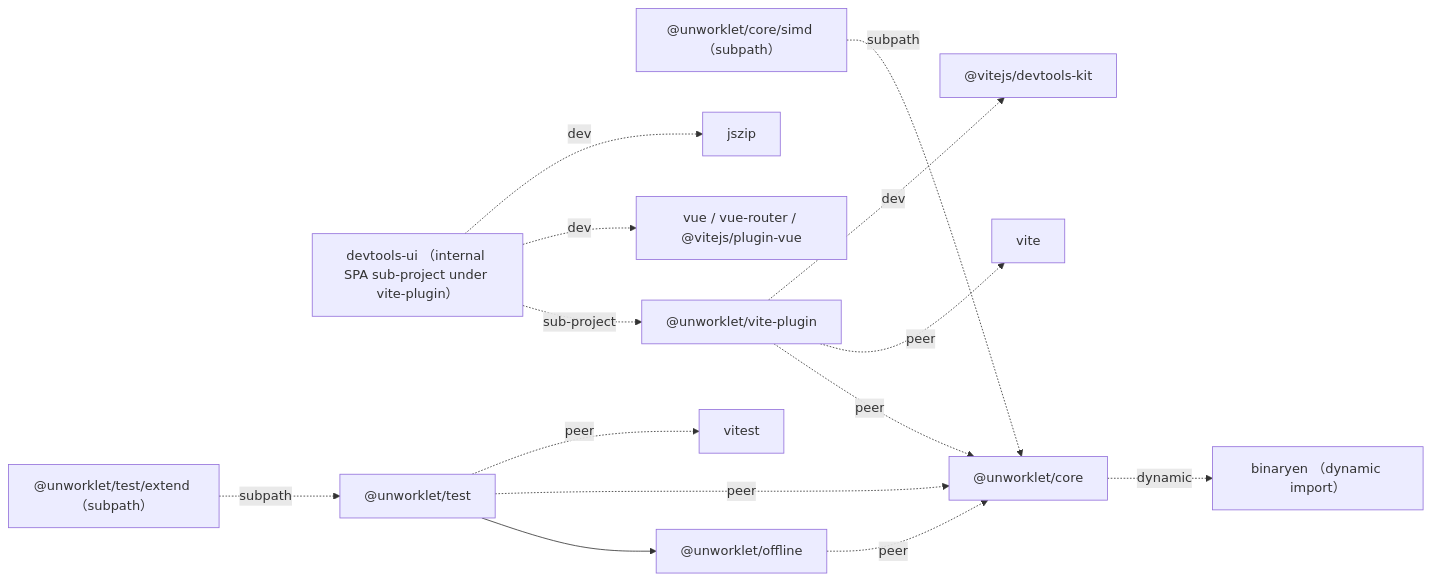
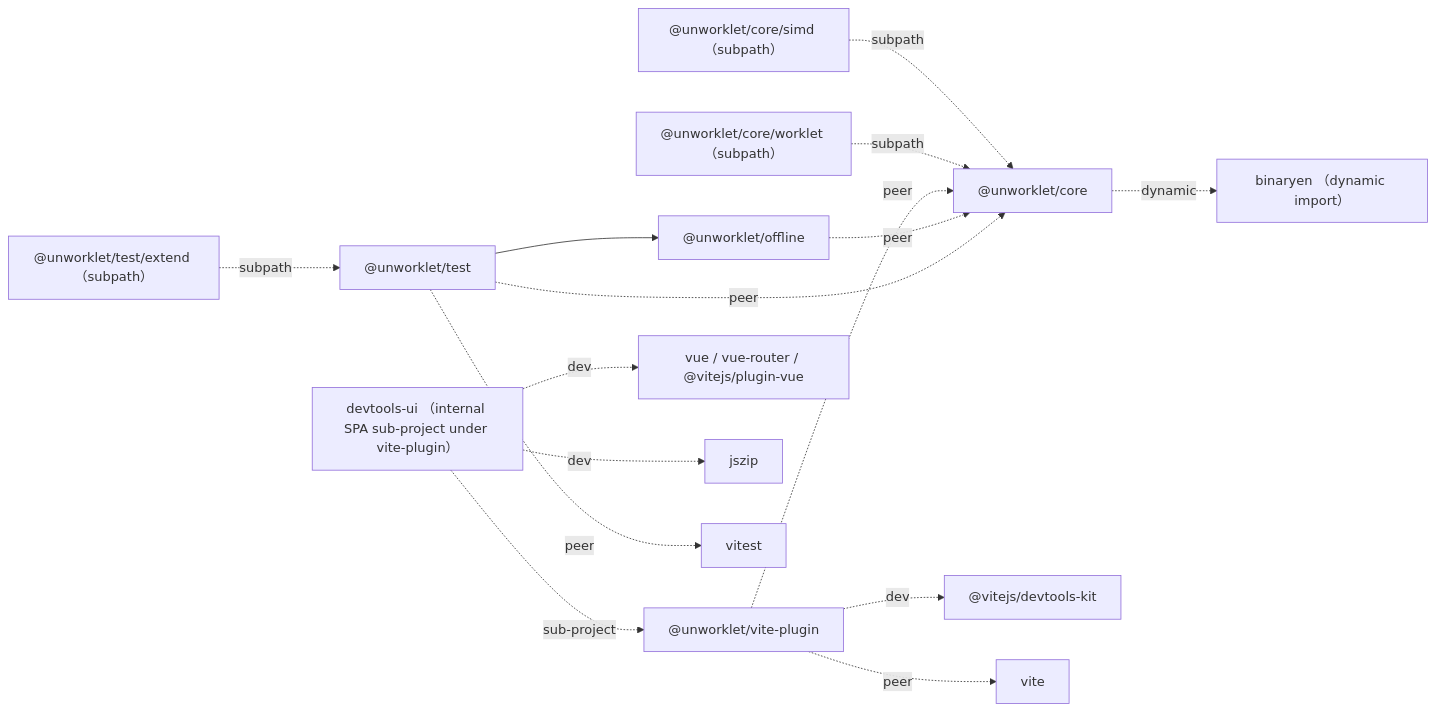
One commit to yuichkun/unworklet changed the diagram in docs/09-repo-structure.md. Above: the diagram before and after it, drawn with Mermaid. The commit also changed other lines of this file, not shown here.

````diff
--- a/docs/09-repo-structure.md
+++ b/docs/09-repo-structure.md
@@ -66,30 +78,32 @@
 ```mermaid
 graph LR
   core["@unworklet/core"]
   simd["@unworklet/core/simd （subpath）"]
+  workletSubpath["@unworklet/core/worklet （subpath）"]
   vp["@unworklet/vite-plugin"]
   vpUi["devtools-ui （internal SPA sub-project under vite-plugin）"]
   offline["@unworklet/offline"]
   test["@unworklet/test"]
   testExtend["@unworklet/test/extend （subpath）"]
   binaryen["binaryen （dynamic import）"]
   devtoolsKit["@vitejs/devtools-kit"]
   vue["vue / vue-router / @vitejs/plugin-vue"]
   jszip["jszip"]
   vite[vite]
   vitest[vitest]
 
   simd -.subpath.-> core
+  workletSubpath -.subpath.-> core
   testExtend -.subpath.-> test
   core -.dynamic.-> binaryen
   vp -.peer.-> core
   vp -.peer.-> vite
   vp -.dev.-> devtoolsKit
   vpUi -.sub-project.-> vp
   vpUi -.dev.-> vue
   vpUi -.dev.-> jszip
   offline -.peer.-> core
   test --> offline
   test -.peer.-> core
   test -.peer.-> vitest
 ```
````
